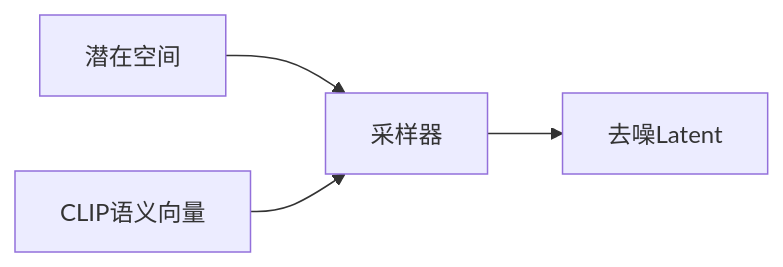
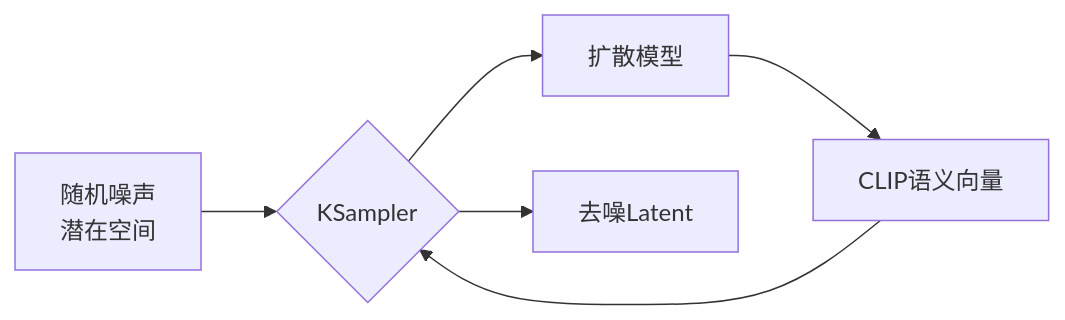
One commit to Comfy-Org/docs changed the second of 2 diagrams in zh-CN/tutorials/basic/text-to-image.mdx. Above: the diagram before and after it, drawn with Mermaid. The commit also changed 1 other file, not shown here.

Commit message:
Update KSampler workflow diagram in text-to-image tutorial

````diff
--- a/zh-CN/tutorials/basic/text-to-image.mdx
+++ b/zh-CN/tutorials/basic/text-to-image.mdx
@@ -181,6 +181,8 @@
 ```mermaid
 graph LR
-随机噪声[潜在空间] --> KSampler[采样器]
-CLIP语义向量 --> KSampler
-KSampler --> 去噪Latent
+A[随机噪声<br>潜在空间] --> B{KSampler}
+B --> C[扩散模型]
+C --> D[CLIP语义向量]
+D --> B
+B --> E[去噪Latent]
 ```
````
